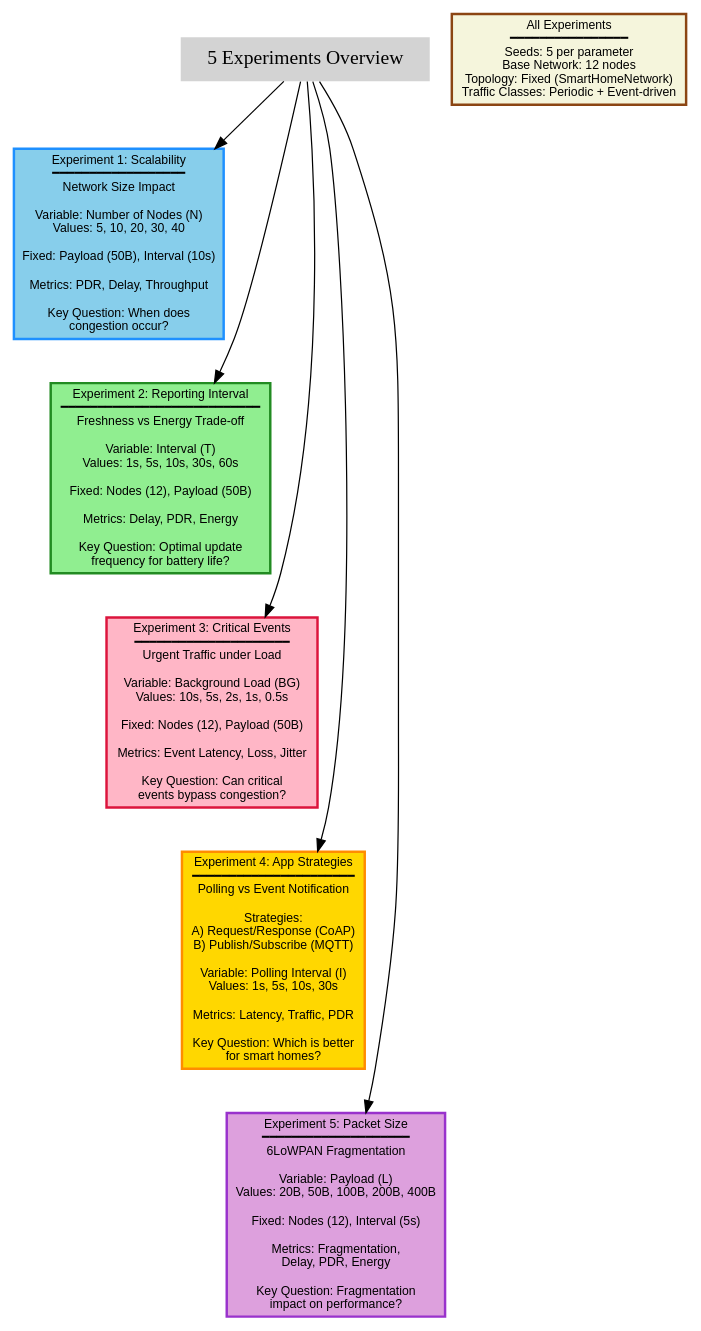
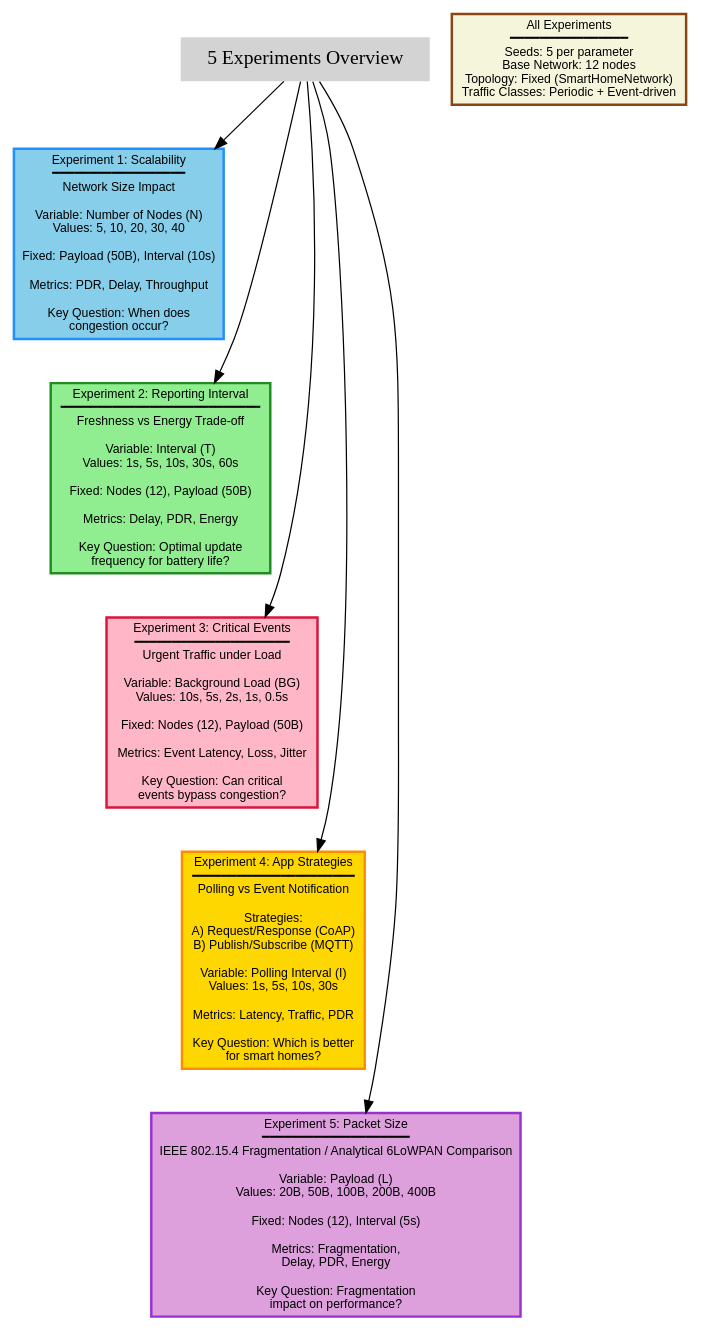
One commit to Eng-Nawras/SmartHomeProject changed the diagram in experiments_overview_diagram.dot. Above: the diagram before and after it, drawn with Graphviz. The commit also changed 213 other files, not shown here.

```diff
--- a/experiments_overview_diagram.dot
+++ b/experiments_overview_diagram.dot
@@ -1,38 +1,38 @@
 digraph ExperimentComparison {
     rankdir=TB;
     node [fontname="Arial", fontsize=10, shape=box, style=filled];
     edge [fontname="Arial", fontsize=9];
 
     title [label="5 Experiments Overview", shape=none, fontsize=16, fontname="Arial Bold"];
 
     // Exp 1
     exp1 [label="Experiment 1: Scalability\n━━━━━━━━━━━━━━━━━━\nNetwork Size Impact\n\nVariable: Number of Nodes (N)\nValues: 5, 10, 20, 30, 40\n\nFixed: Payload (50B), Interval (10s)\n\nMetrics: PDR, Delay, Throughput\n\nKey Question: When does\ncongestion occur?", fillcolor="#87CEEB", color="#1E90FF", penwidth=2];
 
     // Exp 2
     exp2 [label="Experiment 2: Reporting Interval\n━━━━━━━━━━━━━━━━━━━━━━━━━━━\nFreshness vs Energy Trade-off\n\nVariable: Interval (T)\nValues: 1s, 5s, 10s, 30s, 60s\n\nFixed: Nodes (12), Payload (50B)\n\nMetrics: Delay, PDR, Energy\n\nKey Question: Optimal update\nfrequency for battery life?", fillcolor="#90EE90", color="#228B22", penwidth=2];
 
     // Exp 3
     exp3 [label="Experiment 3: Critical Events\n━━━━━━━━━━━━━━━━━━━━━\nUrgent Traffic under Load\n\nVariable: Background Load (BG)\nValues: 10s, 5s, 2s, 1s, 0.5s\n\nFixed: Nodes (12), Payload (50B)\n\nMetrics: Event Latency, Loss, Jitter\n\nKey Question: Can critical\nevents bypass congestion?", fillcolor="#FFB6C6", color="#DC143C", penwidth=2];
 
     // Exp 4
     exp4 [label="Experiment 4: App Strategies\n━━━━━━━━━━━━━━━━━━━━━━\nPolling vs Event Notification\n\nStrategies:\nA) Request/Response (CoAP)\nB) Publish/Subscribe (MQTT)\n\nVariable: Polling Interval (I)\nValues: 1s, 5s, 10s, 30s\n\nMetrics: Latency, Traffic, PDR\n\nKey Question: Which is better\nfor smart homes?", fillcolor="#FFD700", color="#FF8C00", penwidth=2];
 
     // Exp 5
-    exp5 [label="Experiment 5: Packet Size\n━━━━━━━━━━━━━━━━━━━━\n6LoWPAN Fragmentation\n\nVariable: Payload (L)\nValues: 20B, 50B, 100B, 200B, 400B\n\nFixed: Nodes (12), Interval (5s)\n\nMetrics: Fragmentation,\nDelay, PDR, Energy\n\nKey Question: Fragmentation\nimpact on performance?", fillcolor="#DDA0DD", color="#9932CC", penwidth=2];
+    exp5 [label="Experiment 5: Packet Size\n━━━━━━━━━━━━━━━━━━━━\nIEEE 802.15.4 Fragmentation / Analytical 6LoWPAN Comparison\n\nVariable: Payload (L)\nValues: 20B, 50B, 100B, 200B, 400B\n\nFixed: Nodes (12), Interval (5s)\n\nMetrics: Fragmentation,\nDelay, PDR, Energy\n\nKey Question: Fragmentation\nimpact on performance?", fillcolor="#DDA0DD", color="#9932CC", penwidth=2];
 
     // Connections
     title -> exp1;
     title -> exp2;
     title -> exp3;
     title -> exp4;
     title -> exp5;
 
     exp1 -> exp2 [style=invis];
     exp2 -> exp3 [style=invis];
     exp3 -> exp4 [style=invis];
     exp4 -> exp5 [style=invis];
 
     // Summary box
     summary [label="All Experiments\n━━━━━━━━━━━━━━━━\nSeeds: 5 per parameter\nBase Network: 12 nodes\nTopology: Fixed (SmartHomeNetwork)\nTraffic Classes: Periodic + Event-driven", 
               shape=box, style=filled, fillcolor="#F5F5DC", color="#8B4513", penwidth=2];
 }
```
